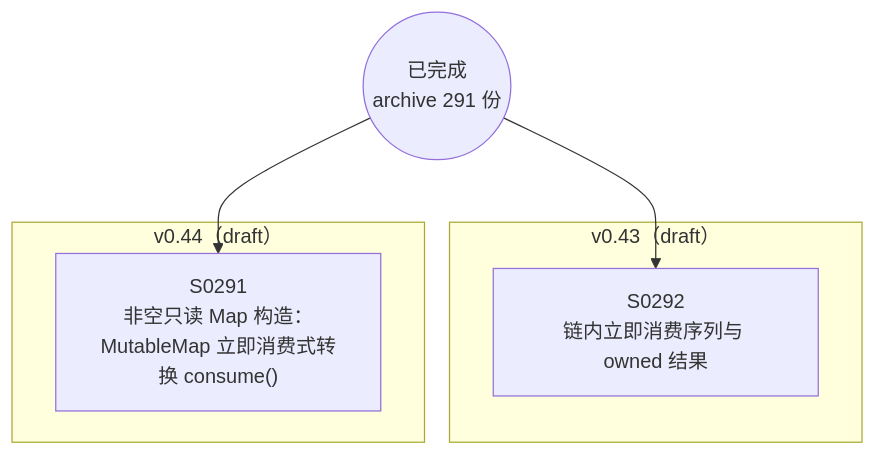
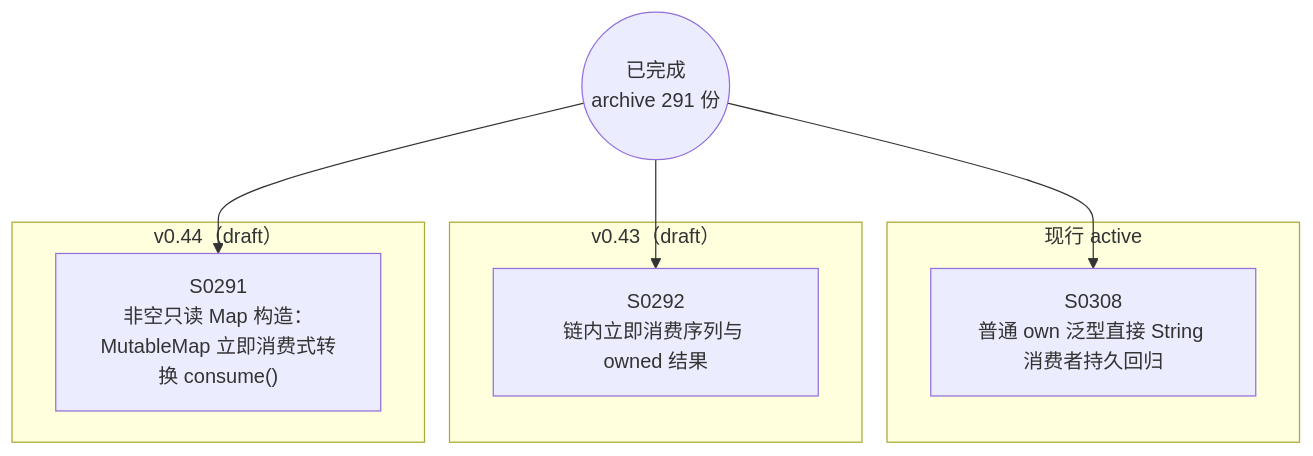
The diagram in docs/specs/dependency-graph.md (Halckon/Koven), drawn with Mermaid before and after one commit. The commit also changed other lines of this file and 7 other files, not shown here.

````diff
--- a/docs/specs/dependency-graph.md
+++ b/docs/specs/dependency-graph.md
@@ -9,12 +9,16 @@
 ```mermaid
 flowchart TD
 ARCH(("已完成<br/>archive 291 份"))
+subgraph Gactive["现行 active"]
+  S0308["S0308<br/>普通 own 泛型直接 String 消费者持久回归"]
+end
 subgraph Gdrafts_v043["v0.43（draft）"]
   S0292["S0292<br/>链内立即消费序列与 owned 结果"]
 end
 subgraph Gdrafts_v044["v0.44（draft）"]
   S0291["S0291<br/>非空只读 Map 构造：MutableMap 立即消费式转换 consume()"]
 end
 ARCH --> S0291
 ARCH --> S0292
+ARCH --> S0308
 ```
````
